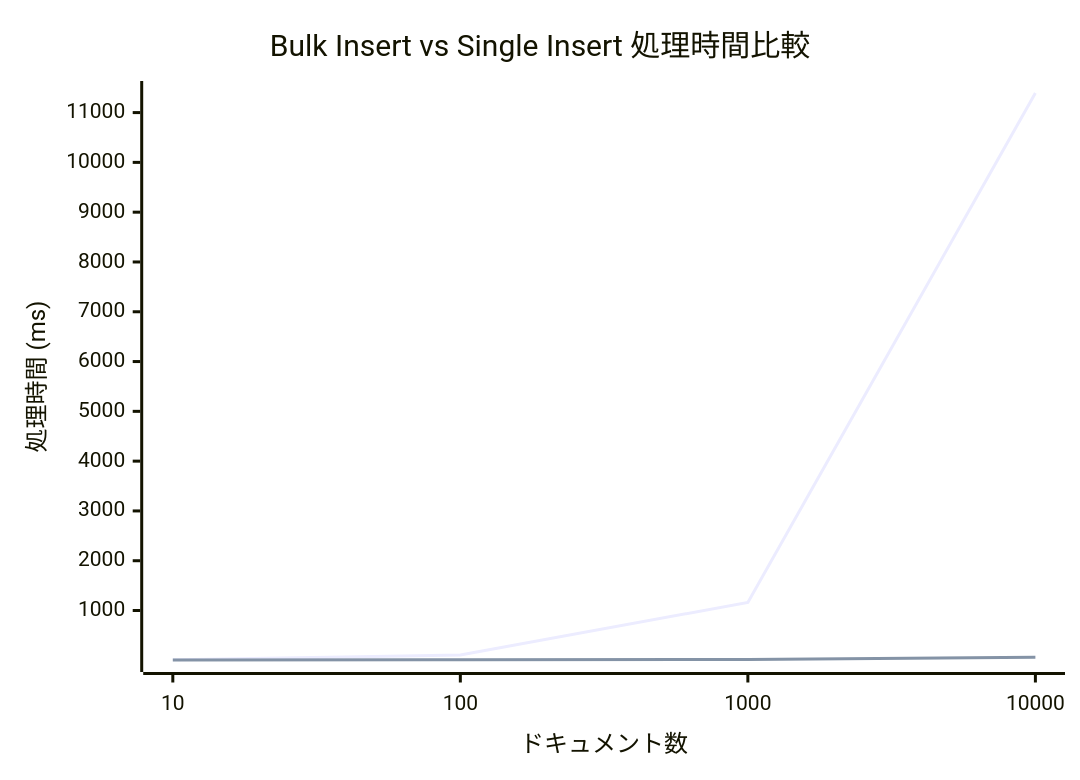
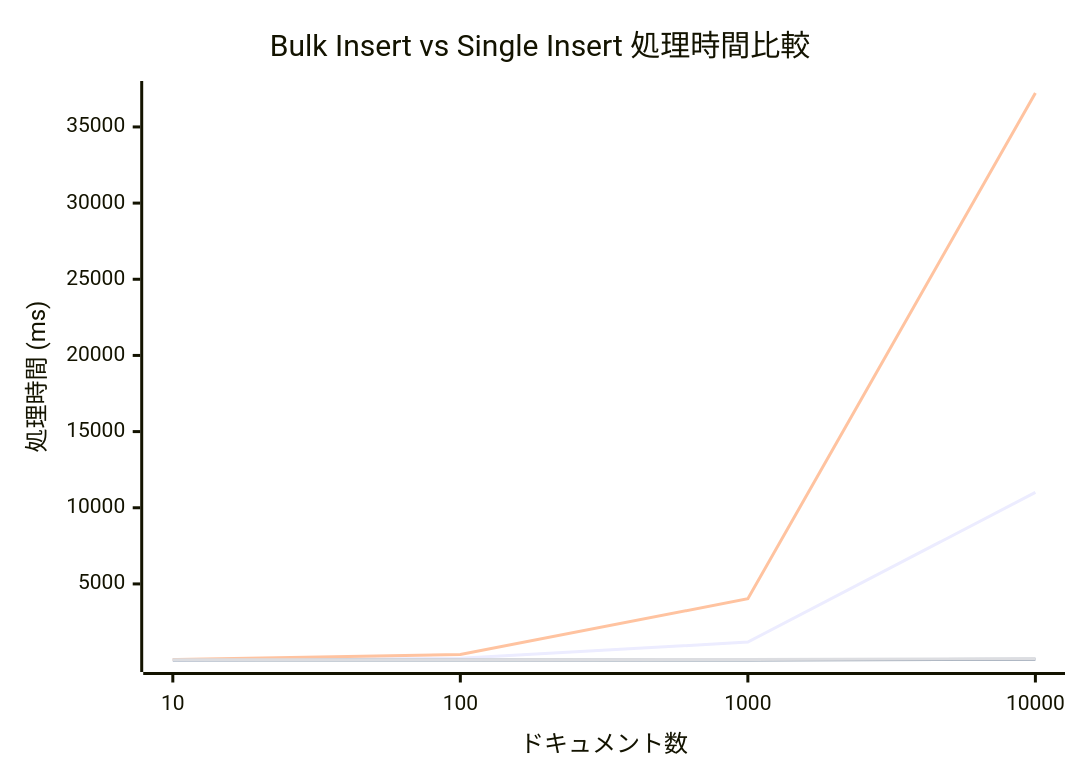
Before and after one commit to kurakura967/go-elasticsearch-playground: the diagram in bulk-insert-vs-single-insert/README.md, drawn with Mermaid. The commit also changed other lines of this file and 4 other files, not shown here.

Commit message:
Implement SingleInsert and BulkInsert methods with refresh option; add benchmarks for performance comparison

````diff
--- a/bulk-insert-vs-single-insert/README.md
+++ b/bulk-insert-vs-single-insert/README.md
@@ -50,8 +50,10 @@
 ```mermaid
 xychart-beta
   title "Bulk Insert vs Single Insert 処理時間比較"
   x-axis "ドキュメント数" [10, 100, 1000, 10000]
   y-axis "処理時間 (ms)"
-  line "SingleInsert" [12.0, 106.6, 1161.9, 11393.4]
-  line "BulkInsert" [6.3, 9.4, 16.6, 60.0]
+  line "Single (スループット)" [12.1, 113.8, 1181.5, 11009.0]
+  line "Bulk (スループット)" [5.9, 8.6, 13.3, 55.1]
+  line "Single (即時反映)" [41.1, 372.6, 4026.2, 37227.8]
+  line "Bulk (即時反映)" [17.3, 22.3, 35.9, 86.0]
 ```
````
